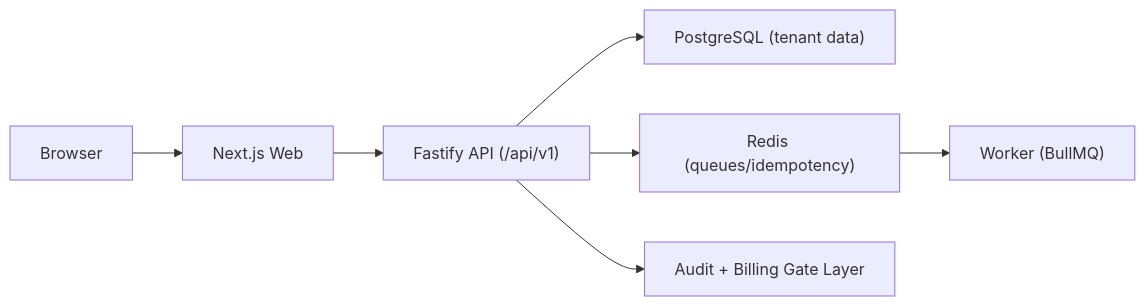
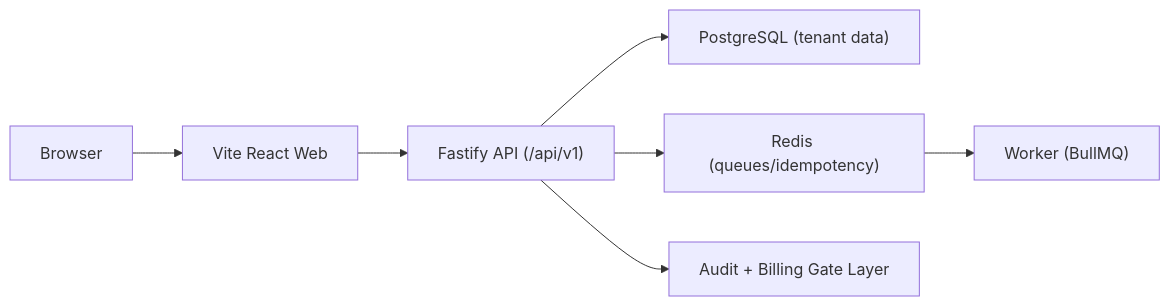
The diagram in README.md (rollce/atlas), drawn with Mermaid before and after one commit. The commit also changed other lines of this file and 19 other files, not shown here.

Commit message:
refactor(web): migrate atlas web from next to vite spa

````diff
--- a/README.md
+++ b/README.md
@@ -37,9 +37,9 @@
 ```mermaid
 flowchart LR
-  A["Browser"] --> B["Next.js Web"]
+  A["Browser"] --> B["Vite React Web"]
   B --> C["Fastify API (/api/v1)"]
   C --> D["PostgreSQL (tenant data)"]
   C --> E["Redis (queues/idempotency)"]
   E --> F["Worker (BullMQ)"]
   C --> G["Audit + Billing Gate Layer"]
 ```
````
